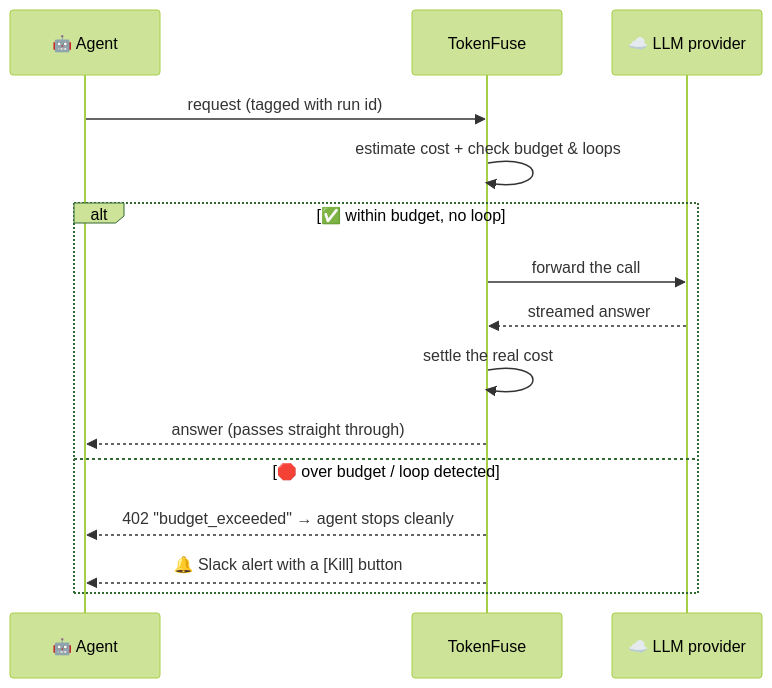
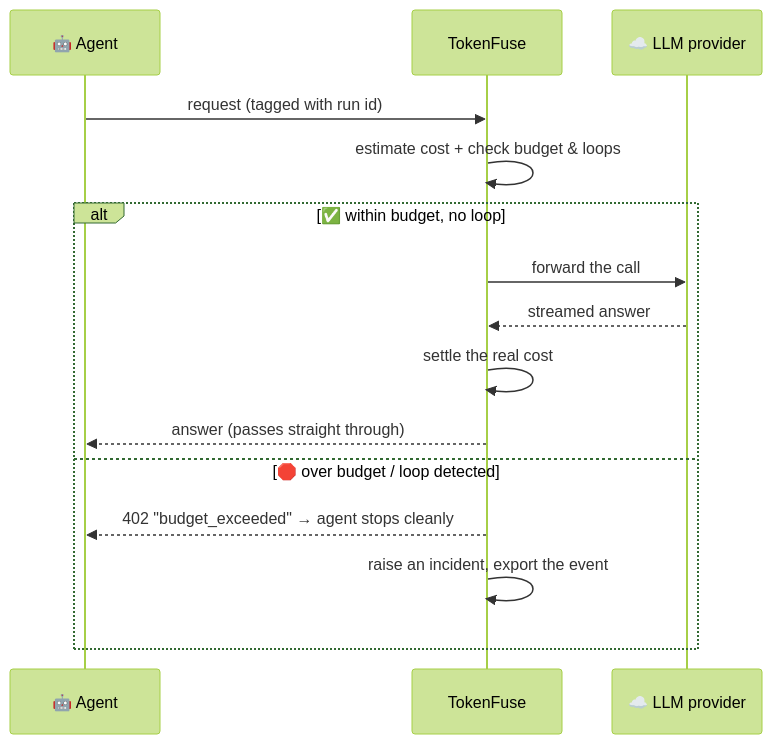
Before and after one commit to TAIPANBOX/tokenfuse: the third of 5 diagrams in README.md, drawn with Mermaid (forest theme). The commit also changed other lines of this file and 2 other files, not shown here.

````diff
--- a/README.md
+++ b/README.md
@@ -202,17 +202,17 @@
 ```mermaid
 sequenceDiagram
     participant A as 🤖 Agent
     participant T as TokenFuse
     participant L as ☁️ LLM provider
     A->>T: request (tagged with run id)
     T->>T: estimate cost + check budget & loops
     alt ✅ within budget, no loop
         T->>L: forward the call
         L-->>T: streamed answer
         T->>T: settle the real cost
         T-->>A: answer (passes straight through)
     else 🛑 over budget / loop detected
         T-->>A: 402 "budget_exceeded" → agent stops cleanly
-        T-->>A: 🔔 Slack alert with a [Kill] button
+        T->>T: raise an incident, export the event
     end
 ```
````
